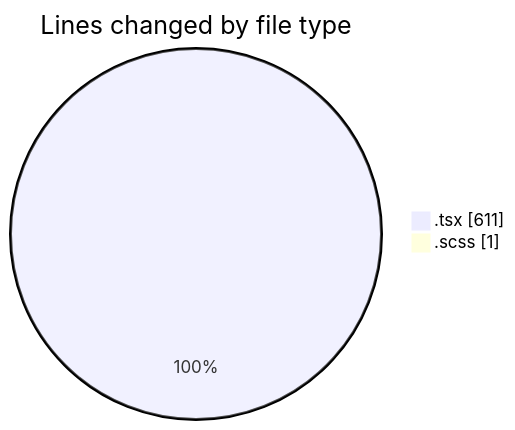
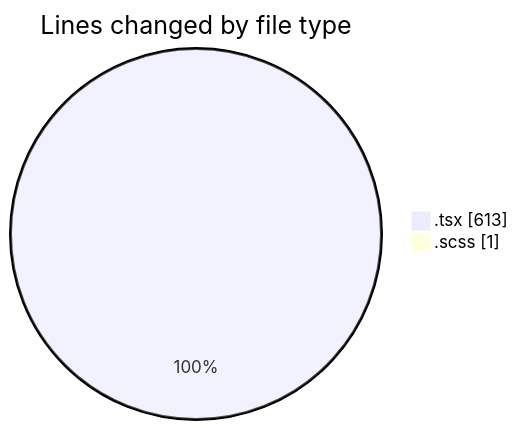
One commit to momahboobian/code-tracking changed the first of 2 diagrams in 2025-03-19/cda/README.md. Above: the diagram before and after it, drawn with Mermaid. The commit also changed other lines of this file and 1 other file, not shown here.

````diff
--- a/2025-03-19/cda/README.md
+++ b/2025-03-19/cda/README.md
@@ -23,6 +23,6 @@
 ```mermaid
 pie showData
 title Lines changed by file type
-".tsx" : 611
+".tsx" : 613
 ".scss" : 1
 ```
````
